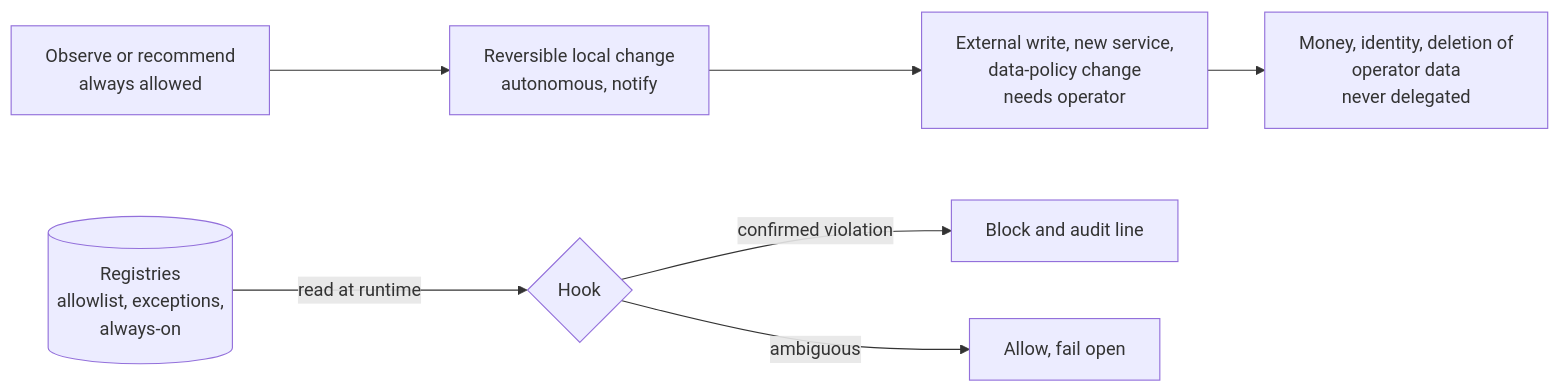
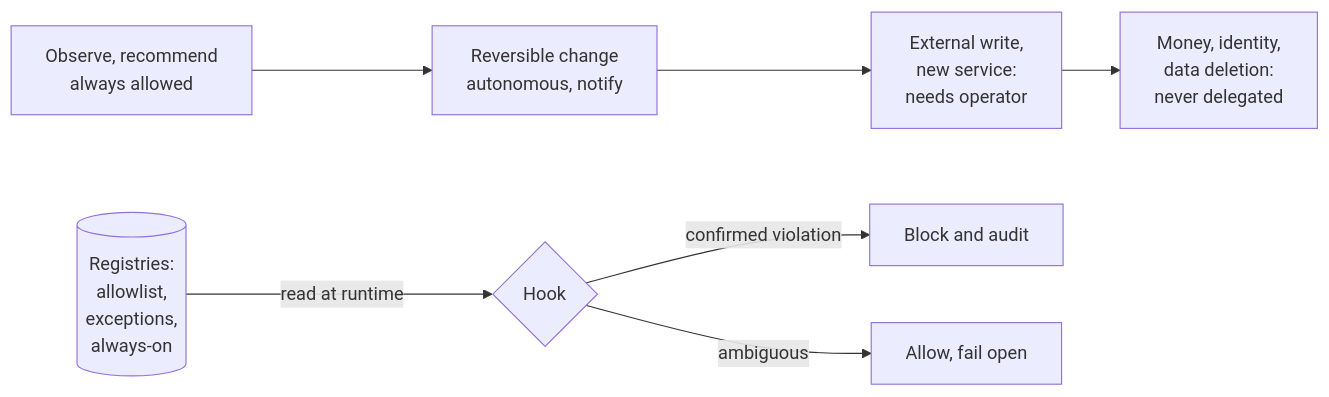
Before and after one commit to justinzealand/executive-ai-portfolio: the diagram in diagrams/02-authority-by-consequence.mmd, drawn with Mermaid. The commit also changed 5 other files, not shown here.

Commit message:
Short diagram labels for GitHub blob-view rendering

```diff
--- a/diagrams/02-authority-by-consequence.mmd
+++ b/diagrams/02-authority-by-consequence.mmd
@@ -1,7 +1,7 @@
 flowchart LR
-  T0["Observe or recommend<br/>always allowed"] --> T1["Reversible local change<br/>autonomous, notify"]
-  T1 --> T2["External write, new service,<br/>data-policy change<br/>needs operator"]
-  T2 --> T3["Money, identity, deletion of<br/>operator data<br/>never delegated"]
-  R[("Registries<br/>allowlist, exceptions,<br/>always-on")] -->|read at runtime| G{"Hook"}
-  G -->|confirmed violation| B["Block and audit line"]
+  T0["Observe, recommend<br/>always allowed"] --> T1["Reversible change<br/>autonomous, notify"]
+  T1 --> T2["External write,<br/>new service:<br/>needs operator"]
+  T2 --> T3["Money, identity,<br/>data deletion:<br/>never delegated"]
+  R[("Registries:<br/>allowlist,<br/>exceptions,<br/>always-on")] -->|read at runtime| G{"Hook"}
+  G -->|confirmed violation| B["Block and audit"]
   G -->|ambiguous| A["Allow, fail open"]
```
